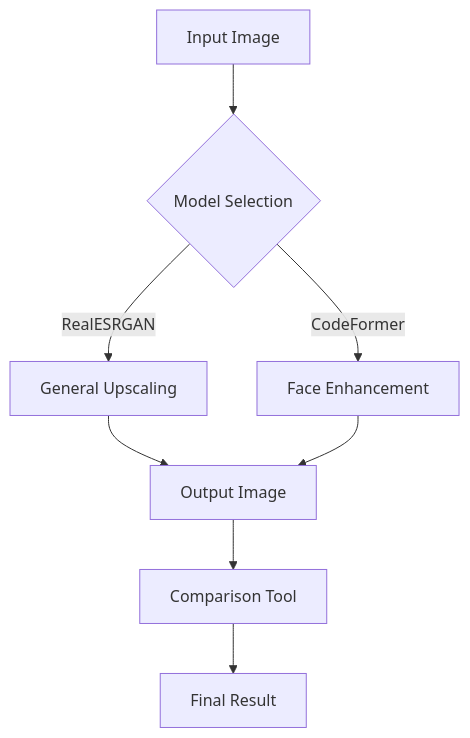
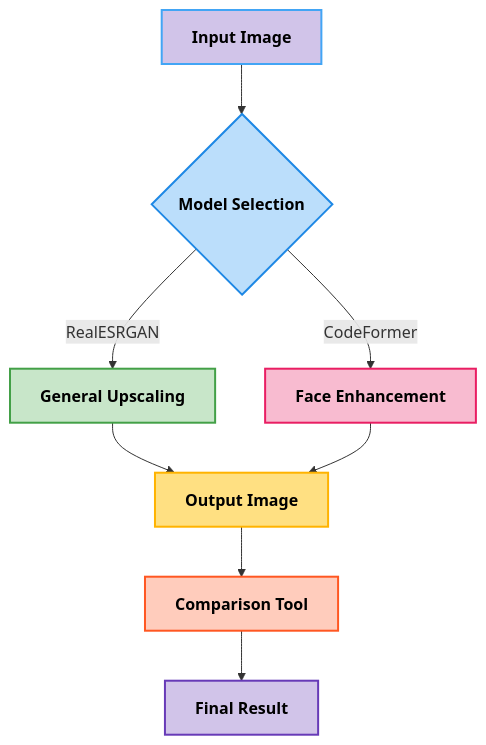
The diagram in README.md (aryankushwaha09/Super-resolution-image-upscaling-), drawn with Mermaid before and after one commit. The commit also changed other lines of this file, not shown here.

````diff
--- a/README.md
+++ b/README.md
@@ -22,10 +23,23 @@
 ```mermaid
 graph TD
-    A[Input Image] --> B{Model Selection}
-    B -->|RealESRGAN| C[General Upscaling]
+    A[ Input Image] --> B{ Model Selection}
+    B -->|RealESRGAN| C[ General Upscaling]
     B -->|CodeFormer| D[Face Enhancement]
-    C --> E[Output Image]
+    C --> E[ Output Image]
     D --> E
-    E --> F[Comparison Tool]
+    E --> F[ Comparison Tool]
     F --> G[Final Result]
+
+    %% Node styling with fill & stroke
+    style A fill:#d1c4e9,stroke:#42a5f5,stroke-width:2px
+    style B fill:#bbdefb,stroke:#1e88e5,stroke-width:2px
+    style C fill:#c8e6c9,stroke:#43a047,stroke-width:2px
+    style D fill:#f8bbd0,stroke:#e91e63,stroke-width:2px
+    style E fill:#ffe082,stroke:#ffb300,stroke-width:2px
+    style F fill:#ffccbc,stroke:#ff5722,stroke-width:2px
+    style G fill:#d1c4e9,stroke:#673ab7,stroke-width:2px
+
+    %% Text color override to black
+    classDef blackText fill:none,color:#000,font-weight:bold;
+    class A,B,C,D,E,F,G blackText;
 ```
````
